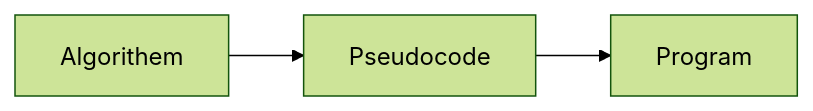
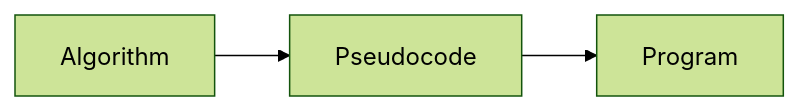
One commit to udsfgecw/website changed the ninth of 13 diagrams in src/features/notes/python-module-2/notes.md. Above: the diagram before and after it, drawn with Mermaid (forest theme). The commit also changed other lines of this file and 2 other files, not shown here.

````diff
--- a/src/features/notes/python-module-2/notes.md
+++ b/src/features/notes/python-module-2/notes.md
@@ -635,5 +467,5 @@
 ```mermaid
 flowchart LR
-    A[Algorithem] --> B[Pseudocode]
+    A[Algorithm] --> B[Pseudocode]
     B --> C[Program]
 ```
````
